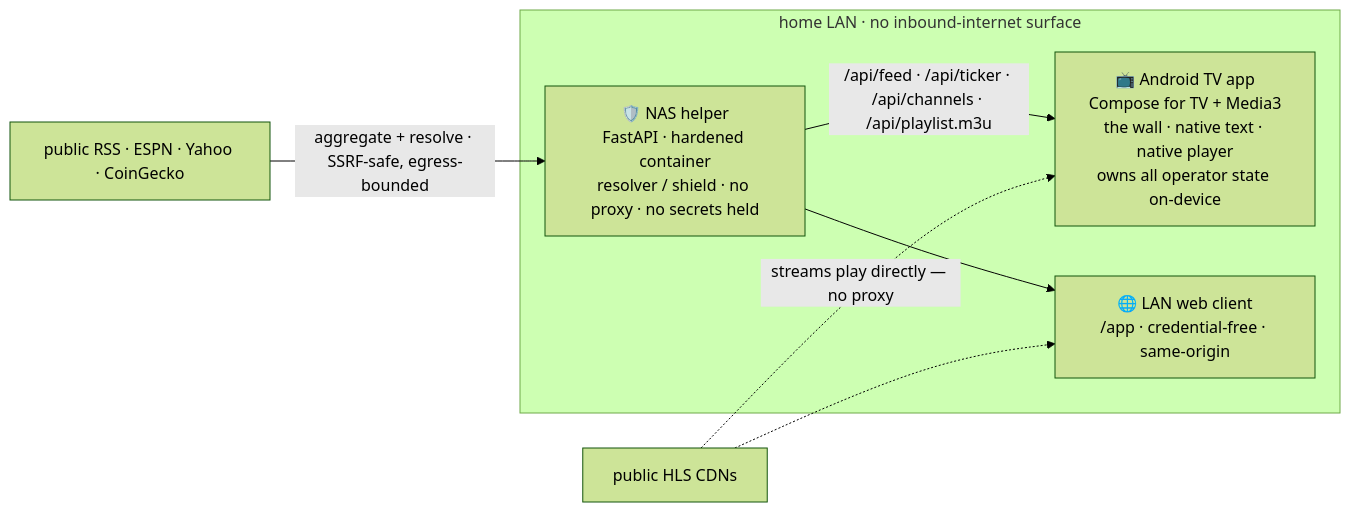
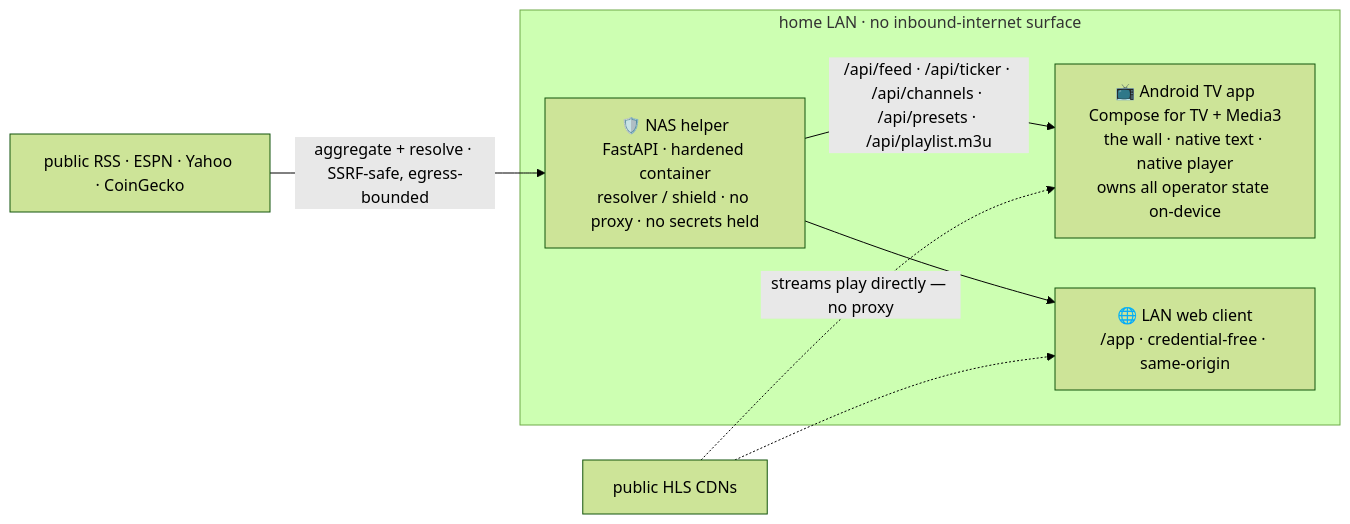
One commit to wbuscombe/mymts changed the diagram in README.md. Above: the diagram before and after it, drawn with Mermaid (forest theme). The commit also changed other lines of this file and 1 other file, not shown here.

First line of the commit message:
docs: server-authoritative wall presets (audit close)

````diff
--- a/README.md
+++ b/README.md
@@ -148,15 +151,15 @@
 ```mermaid
 flowchart LR
   subgraph LAN["home LAN · no inbound-internet surface"]
     TV["📺 Android TV app<br/>Compose for TV + Media3<br/>the wall · native text · native player<br/>owns all operator state on-device"]
     HELPER["🛡️ NAS helper<br/>FastAPI · hardened container<br/>resolver / shield · no proxy · no secrets held"]
     WEB["🌐 LAN web client<br/>/app · credential-free · same-origin"]
   end
   SRC["public RSS · ESPN · Yahoo · CoinGecko"]
   CDN["public HLS CDNs"]
   SRC -->|"aggregate + resolve · SSRF-safe, egress-bounded"| HELPER
-  HELPER -->|"/api/feed · /api/ticker · /api/channels · /api/playlist.m3u"| TV
+  HELPER -->|"/api/feed · /api/ticker · /api/channels · /api/presets · /api/playlist.m3u"| TV
   HELPER --> WEB
   CDN -.->|"streams play directly — no proxy"| TV
   CDN -.-> WEB
 ```
````
